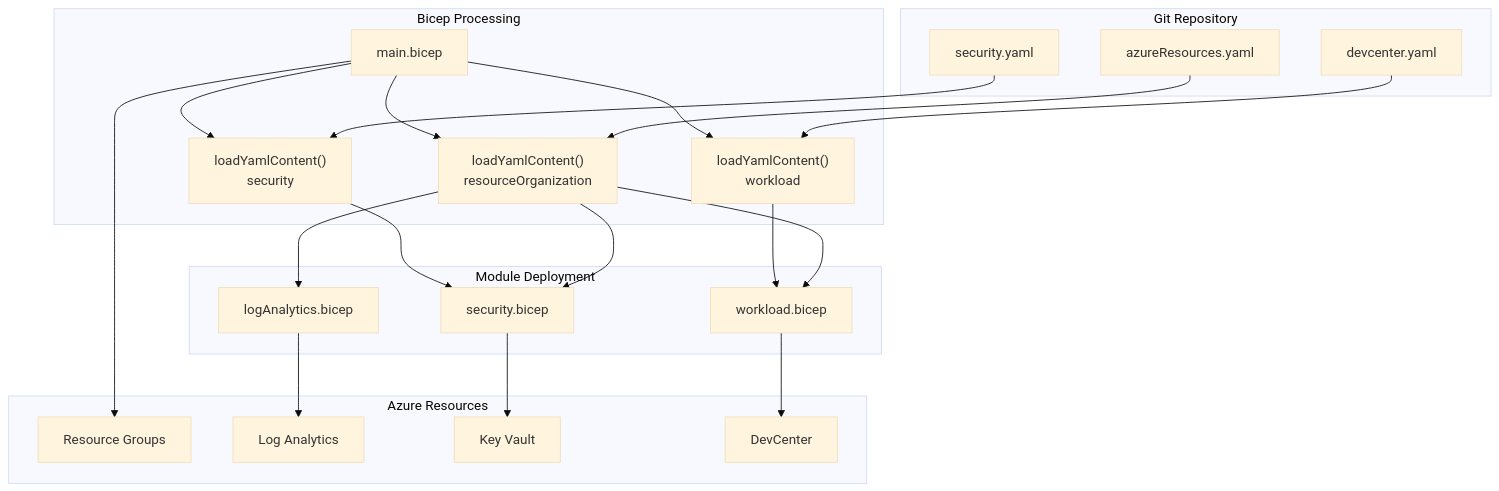
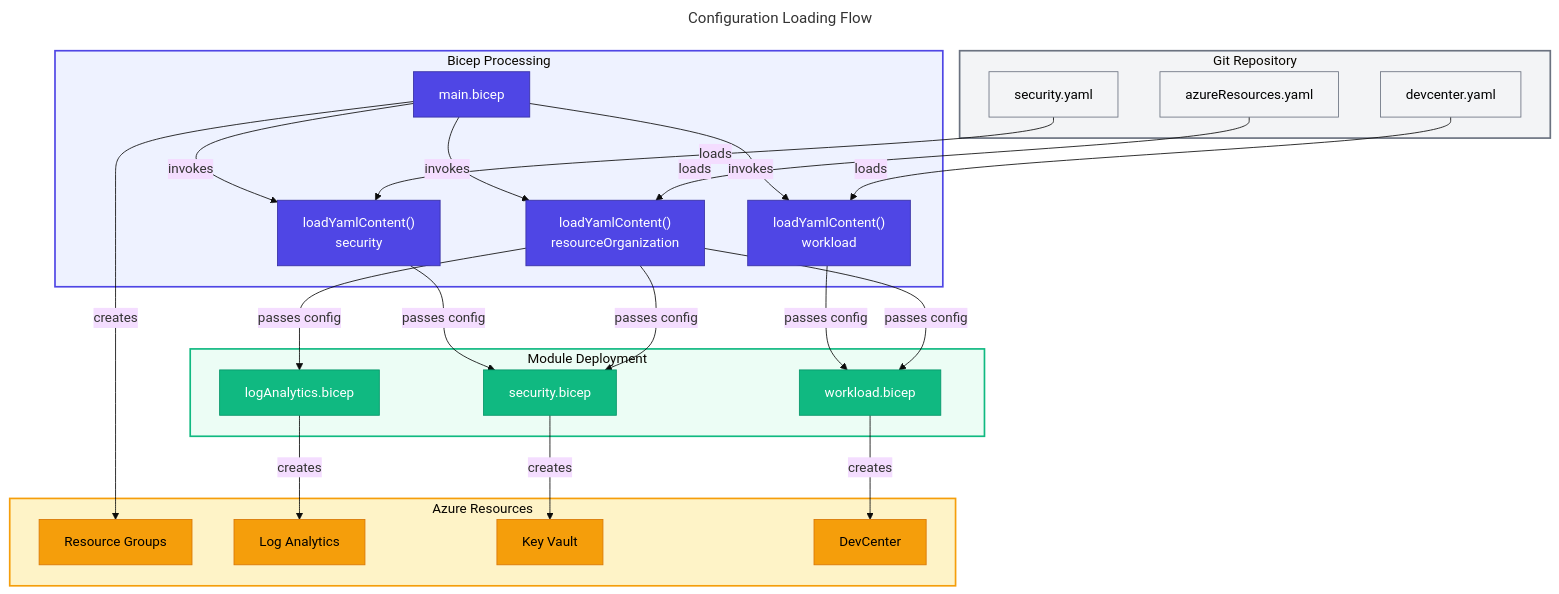
The ninth of 13 diagrams in docs/architecture/02-data-architecture.md (Evilazaro/DevExp-DevBox), drawn with Mermaid (base theme) before and after one commit. The commit also changed other lines of this file, not shown here.

Commit message:
Refactor data architecture documentation to enhance clarity and detail in diagrams and relationships

````diff
--- a/docs/architecture/02-data-architecture.md
+++ b/docs/architecture/02-data-architecture.md
@@ -481,49 +546,75 @@
 ```mermaid
+---
+title: Configuration Loading Flow
+---
 flowchart TD
+    %% ===== STYLE DEFINITIONS =====
+    classDef primary fill:#4F46E5,stroke:#3730A3,color:#FFFFFF
+    classDef secondary fill:#10B981,stroke:#059669,color:#FFFFFF
+    classDef datastore fill:#F59E0B,stroke:#D97706,color:#000000
+    classDef input fill:#F3F4F6,stroke:#6B7280,color:#000000
+
+    %% ===== GIT REPOSITORY =====
     subgraph Git["Git Repository"]
-        YAML1[azureResources.yaml]
-        YAML2[security.yaml]
-        YAML3[devcenter.yaml]
+        YAML1["azureResources.yaml"]
+        YAML2["security.yaml"]
+        YAML3["devcenter.yaml"]
     end
 
+    %% ===== BICEP PROCESSING =====
     subgraph Bicep["Bicep Processing"]
-        MAIN[main.bicep]
+        MAIN["main.bicep"]
         LOAD1["loadYamlContent()<br/>resourceOrganization"]
         LOAD2["loadYamlContent()<br/>security"]
         LOAD3["loadYamlContent()<br/>workload"]
     end
 
+    %% ===== MODULE DEPLOYMENT =====
     subgraph Modules["Module Deployment"]
-        MOD1[logAnalytics.bicep]
-        MOD2[security.bicep]
-        MOD3[workload.bicep]
+        MOD1["logAnalytics.bicep"]
+        MOD2["security.bicep"]
+        MOD3["workload.bicep"]
     end
 
+    %% ===== AZURE RESOURCES =====
     subgraph Azure["Azure Resources"]
-        RG[Resource Groups]
-        LA[Log Analytics]
-        KV[Key Vault]
-        DC[DevCenter]
+        RG["Resource Groups"]
+        LA["Log Analytics"]
+        KV["Key Vault"]
+        DC["DevCenter"]
     end
 
-    YAML1 --> LOAD1
-    YAML2 --> LOAD2
-    YAML3 --> LOAD3
+    %% ===== CONNECTIONS =====
+    YAML1 -->|"loads"| LOAD1
+    YAML2 -->|"loads"| LOAD2
+    YAML3 -->|"loads"| LOAD3
 
-    MAIN --> LOAD1
-    MAIN --> LOAD2
-    MAIN --> LOAD3
+    MAIN -->|"invokes"| LOAD1
+    MAIN -->|"invokes"| LOAD2
+    MAIN -->|"invokes"| LOAD3
 
-    LOAD1 --> MOD1
-    LOAD1 --> MOD2
-    LOAD1 --> MOD3
+    LOAD1 -->|"passes config"| MOD1
+    LOAD1 -->|"passes config"| MOD2
+    LOAD1 -->|"passes config"| MOD3
 
-    LOAD2 --> MOD2
-    LOAD3 --> MOD3
+    LOAD2 -->|"passes config"| MOD2
+    LOAD3 -->|"passes config"| MOD3
 
-    MOD1 --> LA
-    MOD2 --> KV
-    MOD3 --> DC
+    MOD1 -->|"creates"| LA
+    MOD2 -->|"creates"| KV
+    MOD3 -->|"creates"| DC
 
-    MAIN --> RG
+    MAIN -->|"creates"| RG
+
+    %% ===== APPLY STYLES =====
+    class YAML1,YAML2,YAML3 input
+    class MAIN,LOAD1,LOAD2,LOAD3 primary
+    class MOD1,MOD2,MOD3 secondary
+    class RG,LA,KV,DC datastore
+
+    %% ===== SUBGRAPH STYLING =====
+    style Git fill:#F3F4F6,stroke:#6B7280,stroke-width:2px
+    style Bicep fill:#EEF2FF,stroke:#4F46E5,stroke-width:2px
+    style Modules fill:#ECFDF5,stroke:#10B981,stroke-width:2px
+    style Azure fill:#FEF3C7,stroke:#F59E0B,stroke-width:2px
 ```
````
